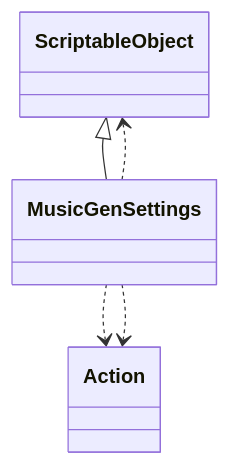
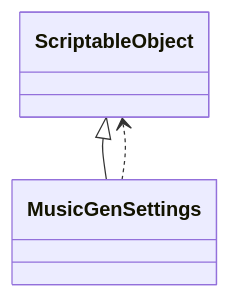
Before and after one commit to schnock-art/project_inspector: diagram 17 of 39 in test/test.md, drawn with Mermaid. The commit also changed other lines of this file and 3 other files, not shown here.

````diff
--- a/test/test.md
+++ b/test/test.md
@@ -381,7 +379,5 @@
 ```mermaid
 classDiagram
 ScriptableObject <|-- MusicGenSettings
-MusicGenSettings ..> Action
 MusicGenSettings ..> ScriptableObject
-MusicGenSettings ..> Action
 ```
````
